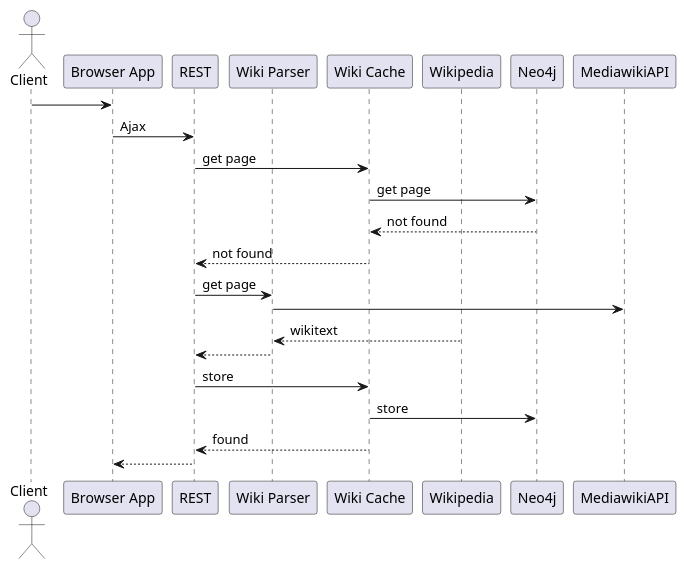
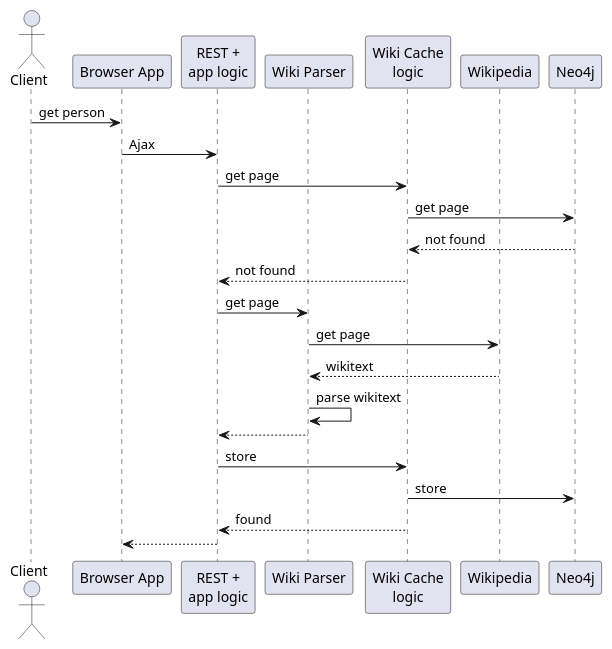
One commit to ibrencsics/history changed the diagram in docs/seq.puml. Above: the diagram before and after it, drawn with PlantUML. The commit also changed 5 other files, not shown here.

```diff
--- a/docs/seq.puml
+++ b/docs/seq.puml
@@ -1,26 +1,27 @@
 @startuml
 
 actor Client as C
 participant "Browser App" as B
-participant REST as R
+participant "REST +\napp logic" as R
 participant "Wiki Parser" as WP
-participant "Wiki Cache" as WC
+participant "Wiki Cache\nlogic" as WC
 participant Wikipedia as W
 participant Neo4j as N
 
-C -> B
+C -> B: get person
 B -> R: Ajax
 R -> WC: get page
 WC -> N: get page
 N --> WC: not found
 WC --> R: not found
 R -> WP: get page
-WP -> MediawikiAPI
+WP -> W: get page
 W --> WP: wikitext
+WP -> WP: parse wikitext
 WP --> R:
 R -> WC: store
 WC -> N: store
 WC --> R: found
 R --> B:
 
 @enduml
```
